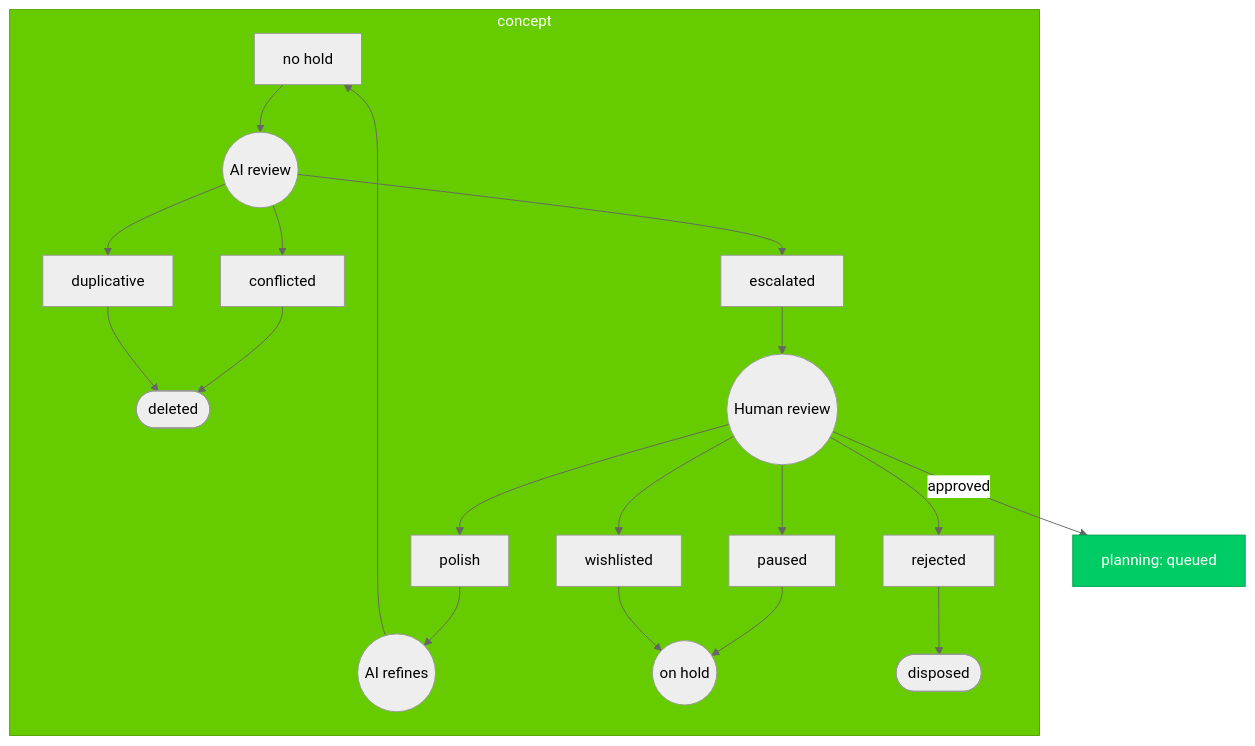
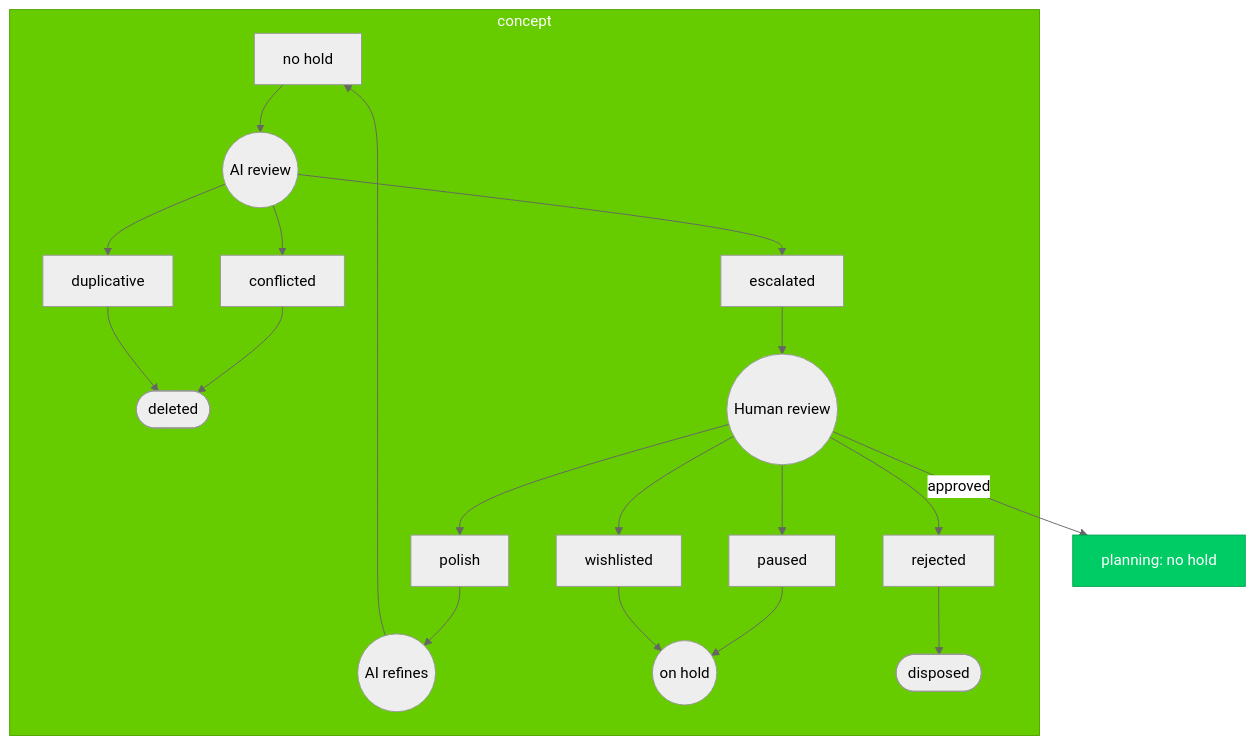
The diagram in claude/skills/story-tree/references/workflow1-concept.md (Mharbulous/StoryTree), drawn with Mermaid (neutral theme) before and after one commit. The commit also changed 6 other files, not shown here.

````diff
--- a/claude/skills/story-tree/references/workflow1-concept.md
+++ b/claude/skills/story-tree/references/workflow1-concept.md
@@ -9,36 +9,36 @@
 ```mermaid
 flowchart TB
     subgraph concept_stage [concept]
         c_clear[no hold]
         c_ai((AI review))
         c_refine((AI refines))
         c_conf[conflicted]
         c_dup[duplicative]
         c_del([deleted])
         c_e[escalated]
         c_human((Human review))
         c_paused[paused]
         c_polish[polish]
         c_wish[wishlisted]
         c_hold((on hold))
         c_rej[rejected]
         c_disposed([disposed])
 
         c_refine --> c_clear
         c_clear --> c_ai
         c_ai --> c_conf --> c_del
         c_ai --> c_dup --> c_del
         c_ai --> c_e --> c_human
         c_human --> c_paused --> c_hold
         c_human --> c_polish --> c_refine
         c_human --> c_wish --> c_hold
         c_human --> c_rej --> c_disposed
     end
 
-    c_human -->|approved| planning[planning: queued]
+    c_human -->|approved| planning[planning: no hold]
 
     classDef conceptBox fill:#66CC00,stroke:#52A300,color:#fff
     classDef planningBox fill:#00CC66,stroke:#00A352,color:#fff
     class concept_stage conceptBox
     class planning planningBox
 ```
````
